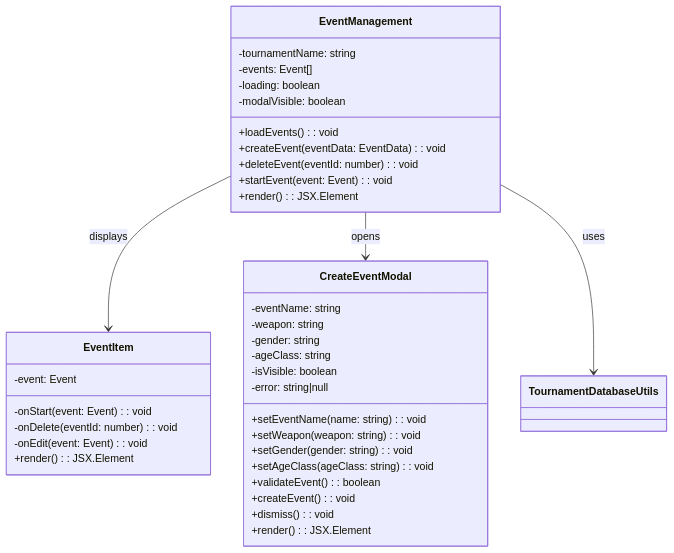
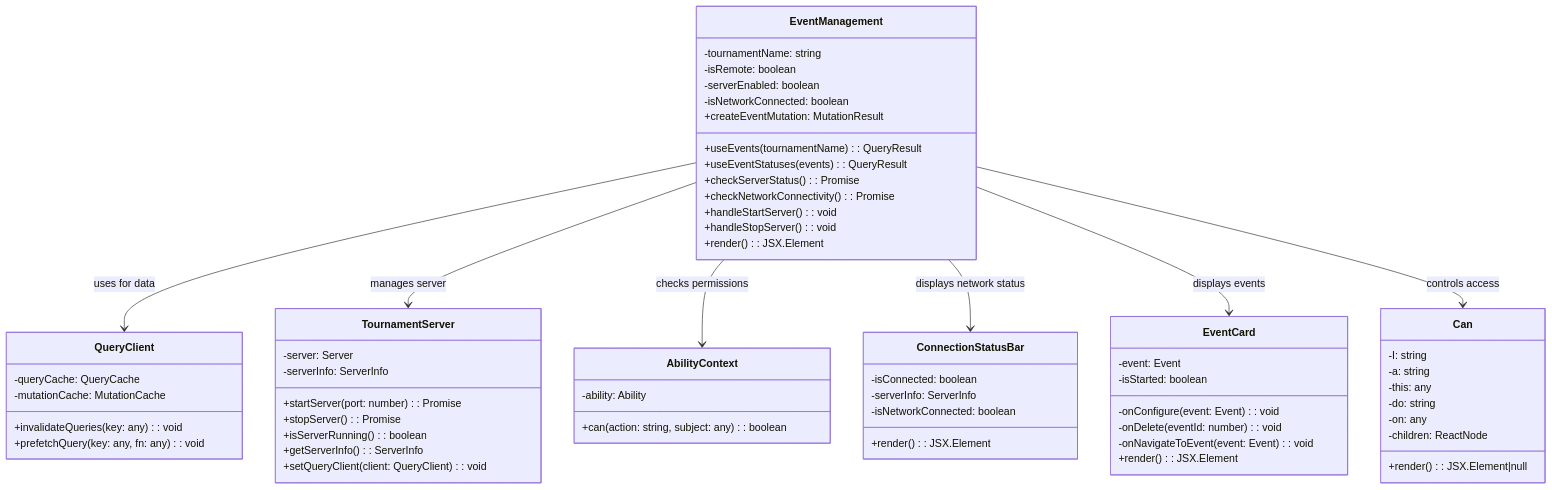
Diagram 24 of 45 in docs/SoftwareDesignDocv2.md (FencingSeniorDesign/client), drawn with Mermaid before and after one commit. The commit also changed other lines of this file and 21 other files, not shown here.

````diff
--- a/docs/SoftwareDesignDocv2.md
+++ b/docs/SoftwareDesignDocv2.md
@@ -927,43 +950,72 @@
 ```mermaid
 classDiagram
     class EventManagement {
         -tournamentName: string
-        -events: Event[]
-        -loading: boolean
-        -modalVisible: boolean
-        +loadEvents(): void
-        +createEvent(eventData: EventData): void
-        +deleteEvent(eventId: number): void
-        +startEvent(event: Event): void
+        -isRemote: boolean
+        -serverEnabled: boolean
+        -isNetworkConnected: boolean
+        +useEvents(tournamentName): QueryResult
+        +useEventStatuses(events): QueryResult
+        +createEventMutation: MutationResult
+        +checkServerStatus(): Promise<boolean>
+        +checkNetworkConnectivity(): Promise<boolean>
+        +handleStartServer(): void
+        +handleStopServer(): void
         +render(): JSX.Element
     }
 
-    class EventItem {
-        -event: Event
-        -onStart(event: Event): void
-        -onDelete(eventId: number): void
-        -onEdit(event: Event): void
+    class QueryClient {
+        -queryCache: QueryCache
+        -mutationCache: MutationCache
+        +invalidateQueries(key: any): void
+        +prefetchQuery(key: any, fn: any): void
+    }
+
+    class TournamentServer {
+        -server: Server
+        -serverInfo: ServerInfo
+        +startServer(port: number): Promise
+        +stopServer(): Promise
+        +isServerRunning(): boolean
+        +getServerInfo(): ServerInfo
+        +setQueryClient(client: QueryClient): void
+    }
+    
+    class AbilityContext {
+        -ability: Ability
+        +can(action: string, subject: any): boolean
+    }
+
+    class ConnectionStatusBar {
+        -isConnected: boolean
+        -serverInfo: ServerInfo
+        -isNetworkConnected: boolean
         +render(): JSX.Element
     }
 
-    class CreateEventModal {
-        -eventName: string
-        -weapon: string
-        -gender: string
-        -ageClass: string
-        -isVisible: boolean
-        -error: string|null
-        +setEventName(name: string): void
-        +setWeapon(weapon: string): void
-        +setGender(gender: string): void
-        +setAgeClass(ageClass: string): void
-        +validateEvent(): boolean
-        +createEvent(): void
-        +dismiss(): void
+    class EventCard {
+        -event: Event
+        -isStarted: boolean
+        -onConfigure(event: Event): void
+        -onDelete(eventId: number): void
+        -onNavigateToEvent(event: Event): void
         +render(): JSX.Element
     }
 
-    EventManagement --> EventItem: displays
-    EventManagement --> CreateEventModal: opens
-    EventManagement --> TournamentDatabaseUtils: uses
+    class Can {
+        -I: string
+        -a: string
+        -this: any
+        -do: string
+        -on: any
+        -children: ReactNode
+        +render(): JSX.Element|null
+    }
+
+    EventManagement --> QueryClient: uses for data
+    EventManagement --> TournamentServer: manages server
+    EventManagement --> AbilityContext: checks permissions
+    EventManagement --> ConnectionStatusBar: displays network status
+    EventManagement --> EventCard: displays events
+    EventManagement --> Can: controls access
 ```
````
